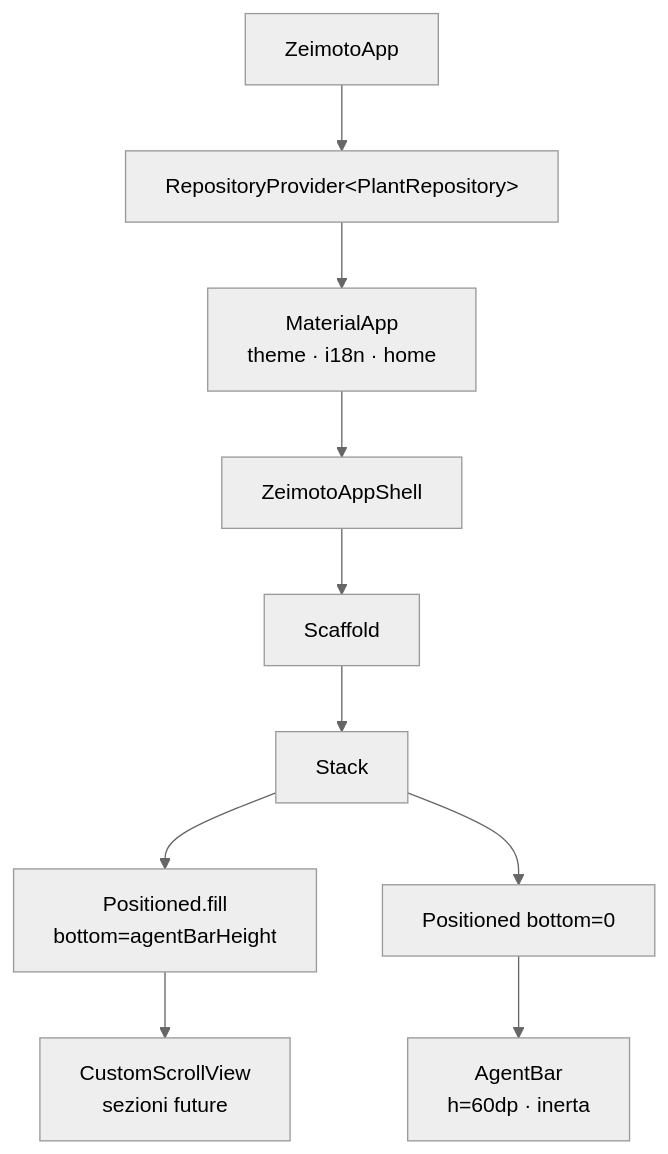
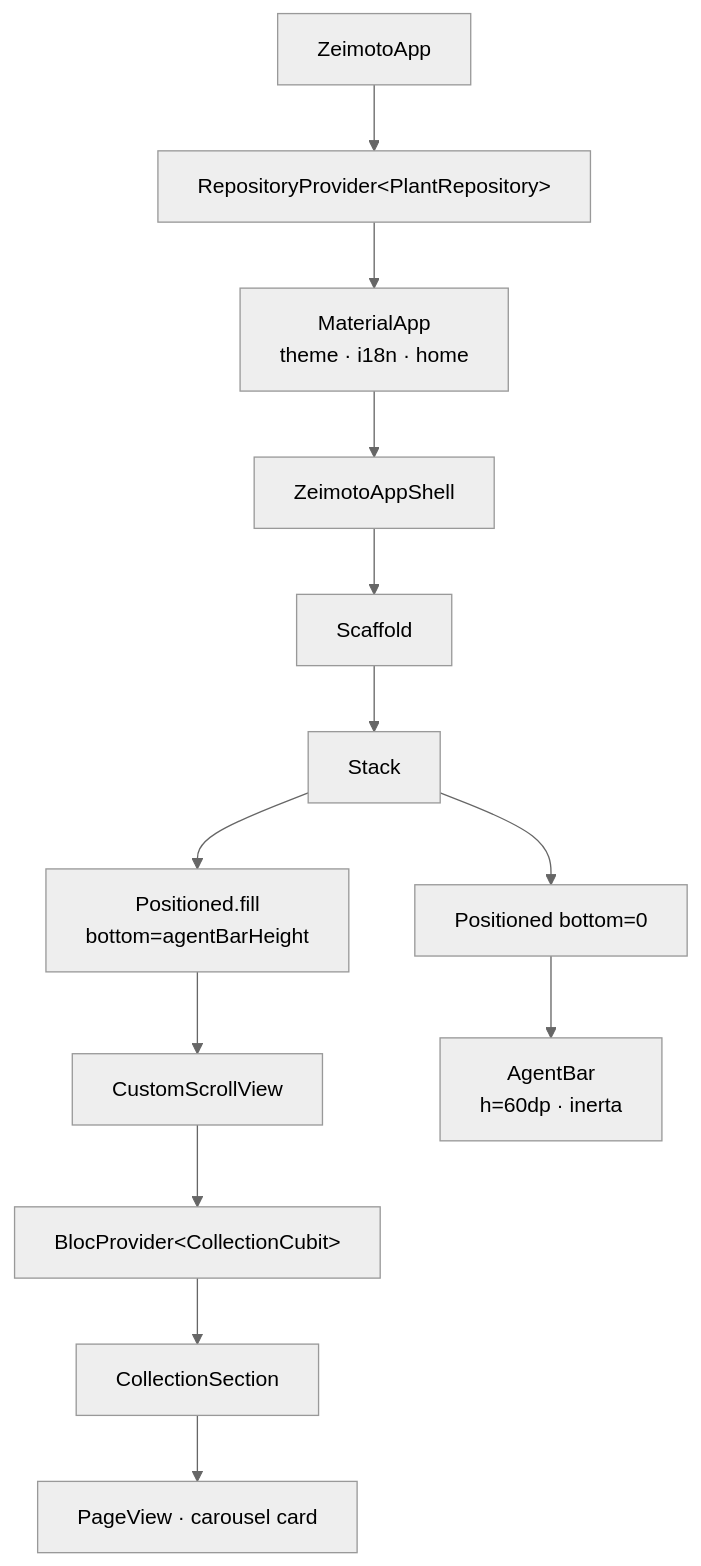
One commit to FedericoLaggiard/zeimoto changed the diagram in docs/app_shell/feature_it.md. Above: the diagram before and after it, drawn with Mermaid (neutral theme). The commit also changed other lines of this file and 5 other files, not shown here.

````diff
--- a/docs/app_shell/feature_it.md
+++ b/docs/app_shell/feature_it.md
@@ -9,12 +9,15 @@
 ```mermaid
 graph TD
     ZeimotoApp --> RP[RepositoryProvider&lt;PlantRepository&gt;]
     RP --> MA[MaterialApp\ntheme · i18n · home]
     MA --> ZAS[ZeimotoAppShell]
     ZAS --> Scaffold
     Scaffold --> Stack
     Stack --> PF[Positioned.fill\nbottom=agentBarHeight]
     Stack --> PB[Positioned bottom=0]
-    PF --> CSV[CustomScrollView\nsezioni future]
+    PF --> CSV[CustomScrollView]
+    CSV --> BP[BlocProvider&lt;CollectionCubit&gt;]
+    BP --> CS[CollectionSection]
+    CS --> PV[PageView · carousel card]
     PB --> AB[AgentBar\nh=60dp · inerta]
 ```
````
